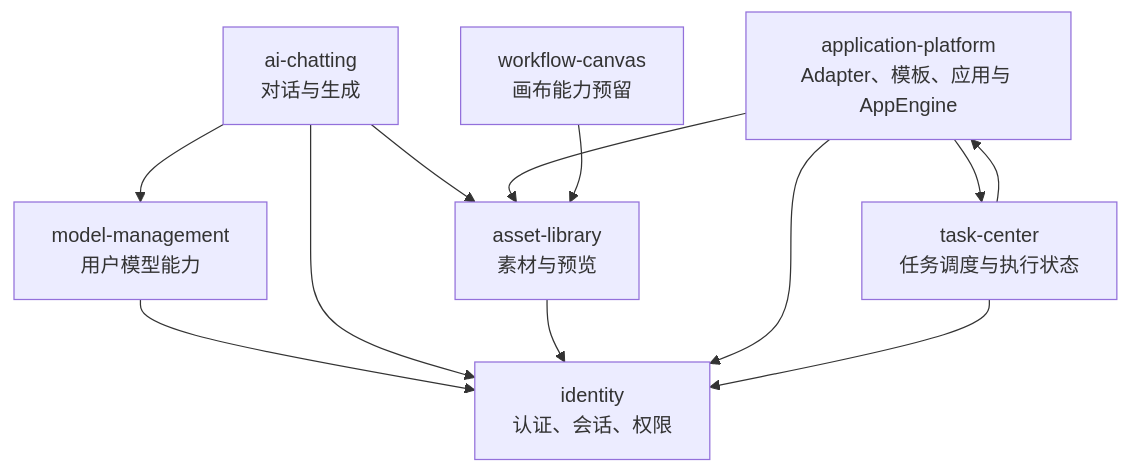
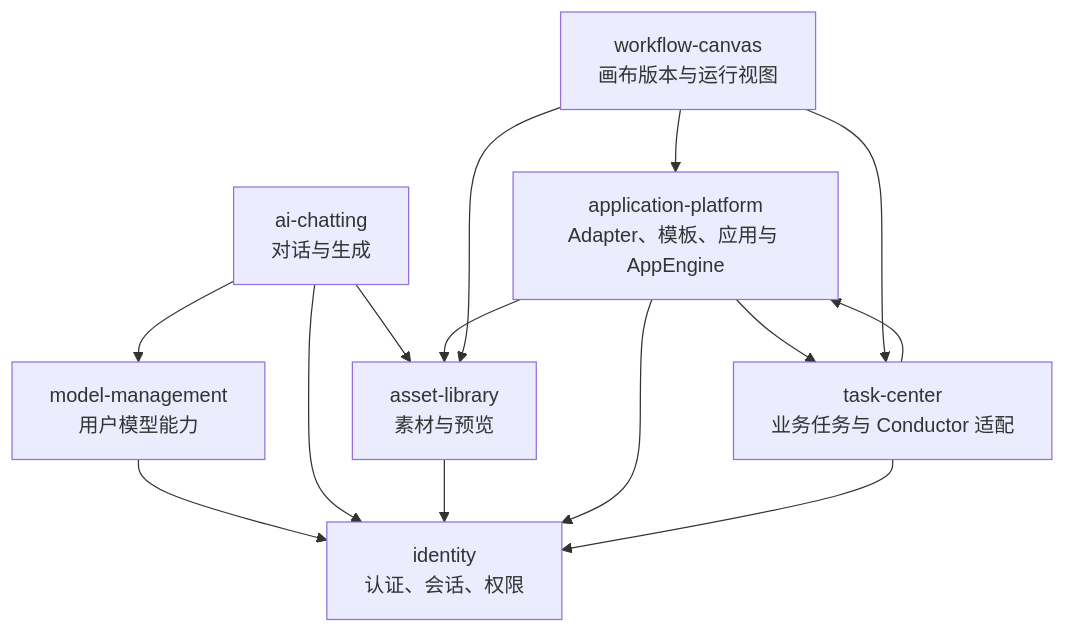
The first of 3 diagrams in 02_architecture/global-architecture.md (wangweihong/omnimam-spec), drawn with Mermaid before and after one commit. The commit also changed other lines of this file and 33 other files, not shown here.

Commit message:
spec: redesign task center around conductor

````diff
--- a/02_architecture/global-architecture.md
+++ b/02_architecture/global-architecture.md
@@ -25,23 +25,25 @@
 ```mermaid
 graph TD
   Identity["identity<br/>认证、会话、权限"]
   Model["model-management<br/>用户模型能力"]
   Chat["ai-chatting<br/>对话与生成"]
   Asset["asset-library<br/>素材与预览"]
   App["application-platform<br/>Adapter、模板、应用与 AppEngine"]
-  Task["task-center<br/>任务调度与执行状态"]
-  Canvas["workflow-canvas<br/>画布能力预留"]
+  Task["task-center<br/>业务任务与 Conductor 适配"]
+  Canvas["workflow-canvas<br/>画布版本与运行视图"]
 
   Chat --> Model
   Chat --> Asset
   App --> Task
   App --> Asset
   Task --> App
+  Canvas --> Task
+  Canvas --> App
   Canvas --> Asset
 
   Model --> Identity
   Chat --> Identity
   Asset --> Identity
   App --> Identity
   Task --> Identity
 ```
````
